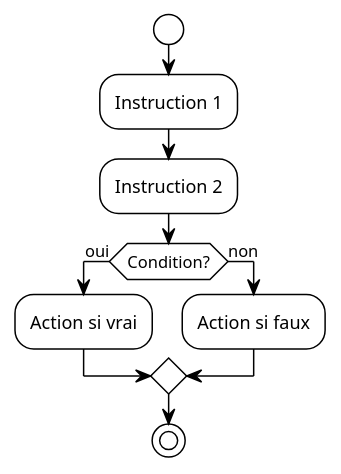
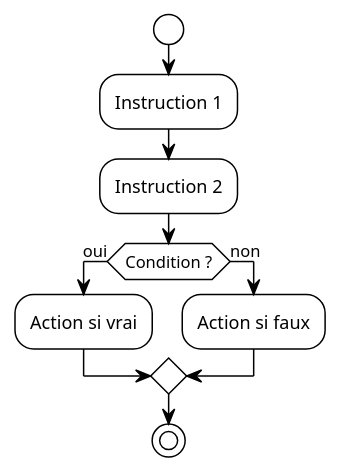
The diagram in .github/instructions/plantuml.instructions.md (heig-vd-progim-course/heig-vd-progim2-course), drawn with PlantUML before and after one commit. The commit also changed other lines of this file and 1 other file, not shown here.

Commit message:
Refactor Marp and PlantUML instructions for clarity and consistency

````diff
--- a/.github/instructions/plantuml.instructions.md
+++ b/.github/instructions/plantuml.instructions.md
@@ -61,17 +61,17 @@
 ```plantuml
 @startuml
 !theme plain
 
 ' Diagram content in French
 start
 :Instruction 1;
 :Instruction 2;
-if (Condition?) then (oui)
+if (Condition ?) then (oui)
   :Action si vrai;
 else (non)
   :Action si faux;
 endif
 stop
 
 @enduml
 ```
````
